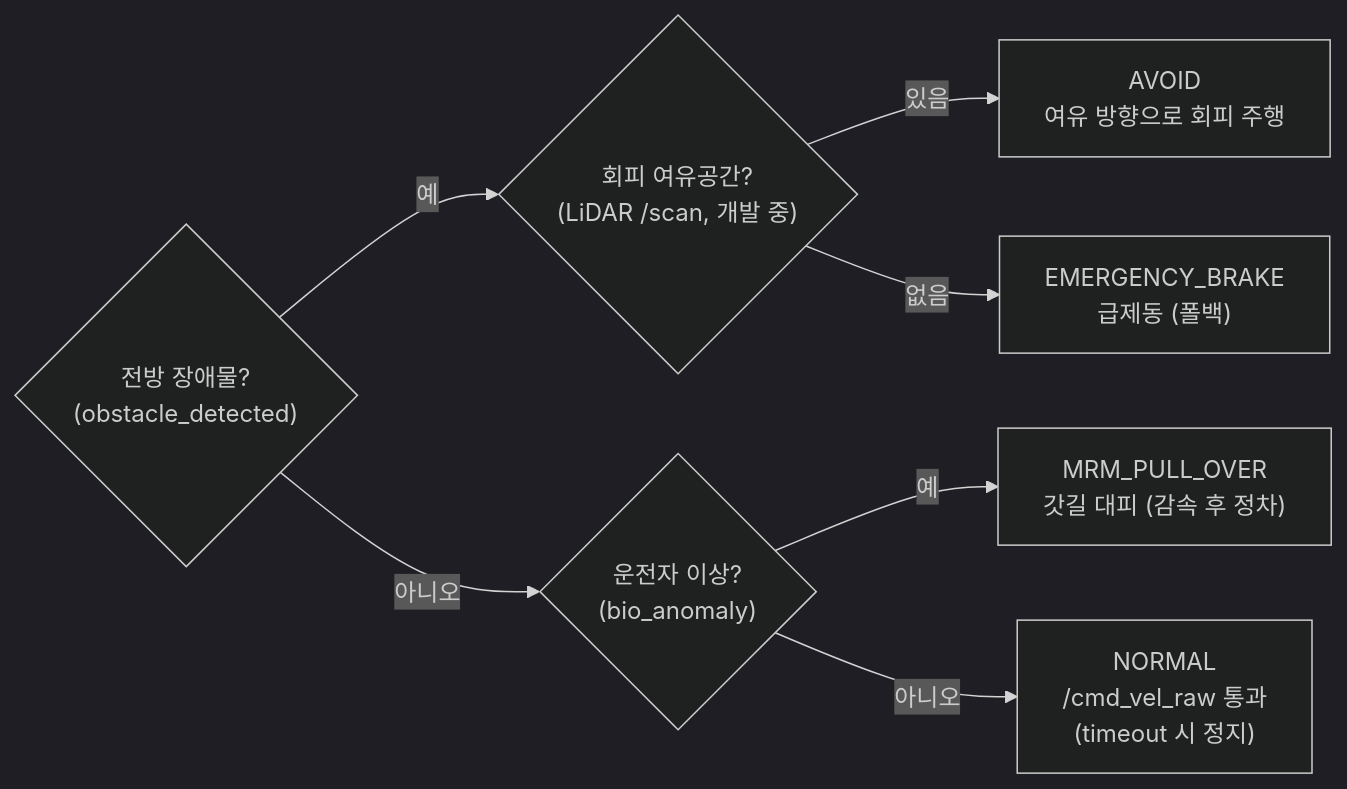
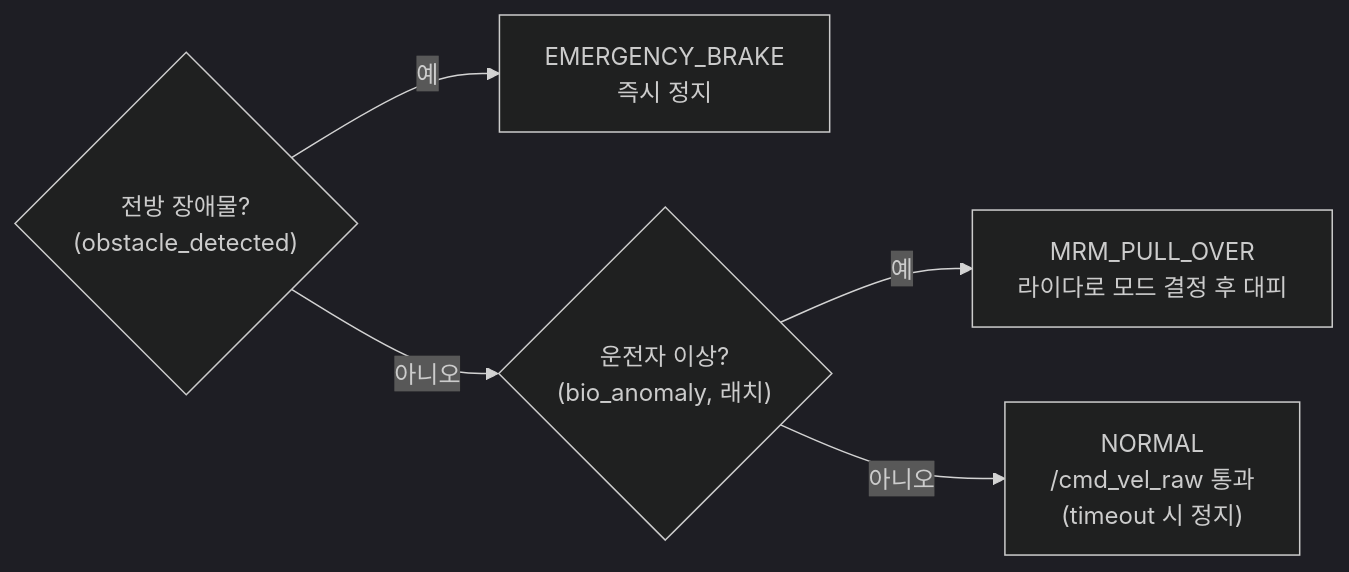
One commit to seungwp/2026_CDP changed the second of 2 diagrams in README.md. Above: the diagram before and after it, drawn with Mermaid (dark theme). The commit also changed other lines of this file and 13 other files, not shown here.

````diff
--- a/README.md
+++ b/README.md
@@ -115,9 +112,7 @@
 ```mermaid
 flowchart LR
-    A{"전방 장애물?<br/>(obstacle_detected)"} -- 예 --> AV{"회피 여유공간?<br/>(LiDAR /scan, 개발 중)"}
-    AV -- 있음 --> AVOID["AVOID<br/>여유 방향으로 회피 주행"]
-    AV -- 없음 --> E["EMERGENCY_BRAKE<br/>급제동 (폴백)"]
-    A -- 아니오 --> B{"운전자 이상?<br/>(bio_anomaly)"}
-    B -- 예 --> M["MRM_PULL_OVER<br/>갓길 대피 (감속 후 정차)"]
+    A{"전방 장애물?<br/>(obstacle_detected)"} -- 예 --> E["EMERGENCY_BRAKE<br/>즉시 정지"]
+    A -- 아니오 --> B{"운전자 이상?<br/>(bio_anomaly, 래치)"}
+    B -- 예 --> M["MRM_PULL_OVER<br/>라이다로 모드 결정 후 대피"]
     B -- 아니오 --> N["NORMAL<br/>/cmd_vel_raw 통과<br/>(timeout 시 정지)"]
 ```
````
